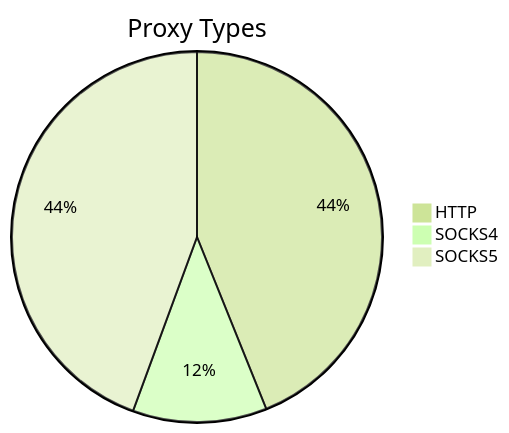
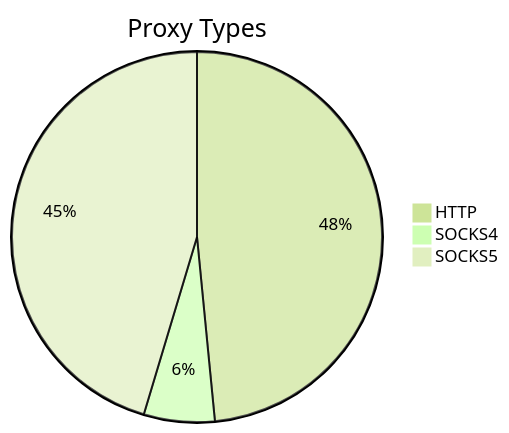
Before and after one commit to stormsia/proxy-list: the first of 2 diagrams in README.md, drawn with Mermaid (forest theme). The commit also changed other lines of this file, not shown here.

````diff
--- a/README.md
+++ b/README.md
@@ -21,6 +21,6 @@
 ```mermaid
 pie title Proxy Types
-    "HTTP" : 90
-    "SOCKS4" : 24
-    "SOCKS5" : 91
+    "HTTP" : 94
+    "SOCKS4" : 12
+    "SOCKS5" : 88
 ```
````
